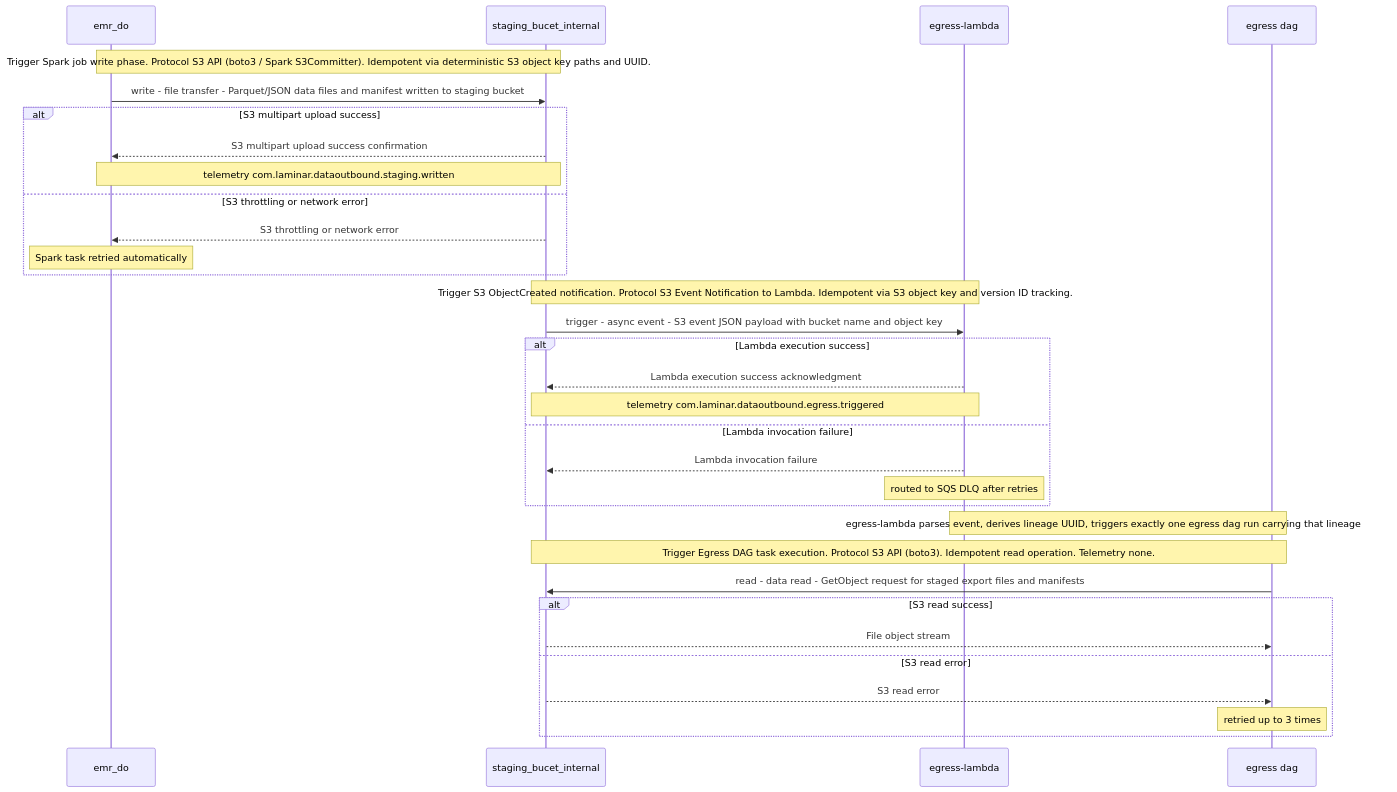
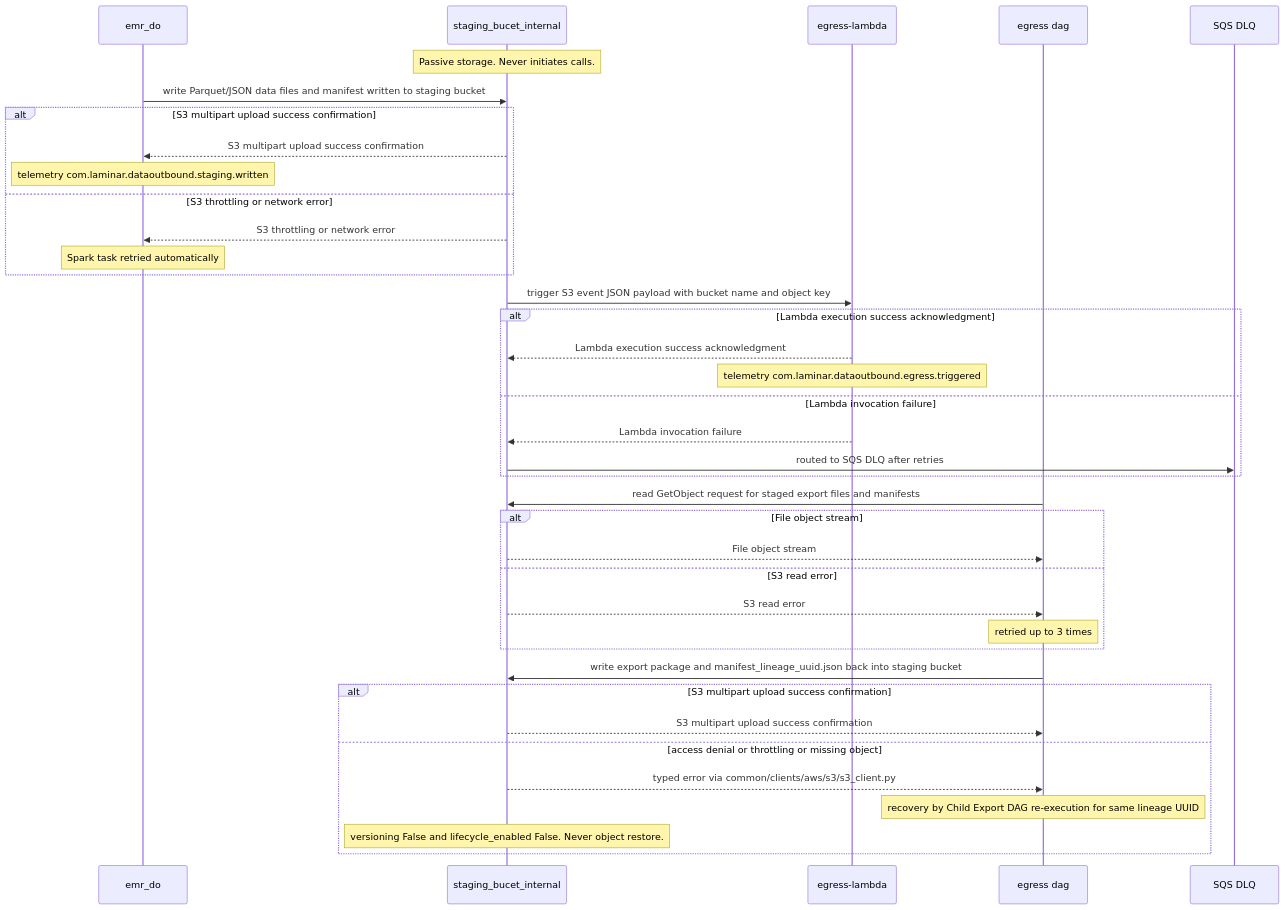
Before and after one commit to laminarzk/rudra-repo: the eighth of 13 diagrams in docs/design/dataoutbound_product_section_tree_high_level_design.md, drawn with Mermaid. The commit also changed other lines of this file and 10 other files, not shown here.

Commit message:
Rudra: generate architecture documents

````diff
--- a/docs/design/dataoutbound_product_section_tree_high_level_design.md
+++ b/docs/design/dataoutbound_product_section_tree_high_level_design.md
@@ -3801,37 +4064,45 @@
 ```mermaid
 sequenceDiagram
     participant EMR as emr_do
     participant STG as staging_bucet_internal
-    participant LMB as egress-lambda
+    participant LAM as egress-lambda
     participant DAG as egress dag
+    participant DLQ as SQS DLQ
 
-    Note over EMR,STG: Trigger Spark job write phase. Protocol S3 API (boto3 / Spark S3Committer). Idempotent via deterministic S3 object key paths and UUID.
-    EMR->>STG: write - file transfer - Parquet/JSON data files and manifest written to staging bucket
-    alt S3 multipart upload success
+    Note over STG: Passive storage. Never initiates calls.
+
+    EMR->>STG: write Parquet/JSON data files and manifest written to staging bucket
+    alt S3 multipart upload success confirmation
         STG-->>EMR: S3 multipart upload success confirmation
-        Note over EMR,STG: telemetry com.laminar.dataoutbound.staging.written
+        Note over EMR: telemetry com.laminar.dataoutbound.staging.written
     else S3 throttling or network error
         STG-->>EMR: S3 throttling or network error
         Note over EMR: Spark task retried automatically
     end
 
-    Note over STG,LMB: Trigger S3 ObjectCreated notification. Protocol S3 Event Notification to Lambda. Idempotent via S3 object key and version ID tracking.
-    STG->>LMB: trigger - async event - S3 event JSON payload with bucket name and object key
-    alt Lambda execution success
-        LMB-->>STG: Lambda execution success acknowledgment
-        Note over STG,LMB: telemetry com.laminar.dataoutbound.egress.triggered
+    STG->>LAM: trigger S3 event JSON payload with bucket name and object key
+    alt Lambda execution success acknowledgment
+        LAM-->>STG: Lambda execution success acknowledgment
+        Note over LAM: telemetry com.laminar.dataoutbound.egress.triggered
     else Lambda invocation failure
-        LMB-->>STG: Lambda invocation failure
-        Note over LMB: routed to SQS DLQ after retries
+        LAM-->>STG: Lambda invocation failure
+        STG->>DLQ: routed to SQS DLQ after retries
     end
 
-    Note over LMB,DAG: egress-lambda parses event, derives lineage UUID, triggers exactly one egress dag run carrying that lineage UUID.
-    Note over DAG,STG: Trigger Egress DAG task execution. Protocol S3 API (boto3). Idempotent read operation. Telemetry none.
-    DAG->>STG: read - data read - GetObject request for staged export files and manifests
-    alt S3 read success
+    DAG->>STG: read GetObject request for staged export files and manifests
+    alt File object stream
         STG-->>DAG: File object stream
     else S3 read error
         STG-->>DAG: S3 read error
         Note over DAG: retried up to 3 times
     end
+
+    DAG->>STG: write export package and manifest_lineage_uuid.json back into staging bucket
+    alt S3 multipart upload success confirmation
+        STG-->>DAG: S3 multipart upload success confirmation
+    else access denial or throttling or missing object
+        STG-->>DAG: typed error via common/clients/aws/s3/s3_client.py
+        Note over DAG: recovery by Child Export DAG re-execution for same lineage UUID
+        Note over STG: versioning False and lifecycle_enabled False. Never object restore.
+    end
 ```
````
